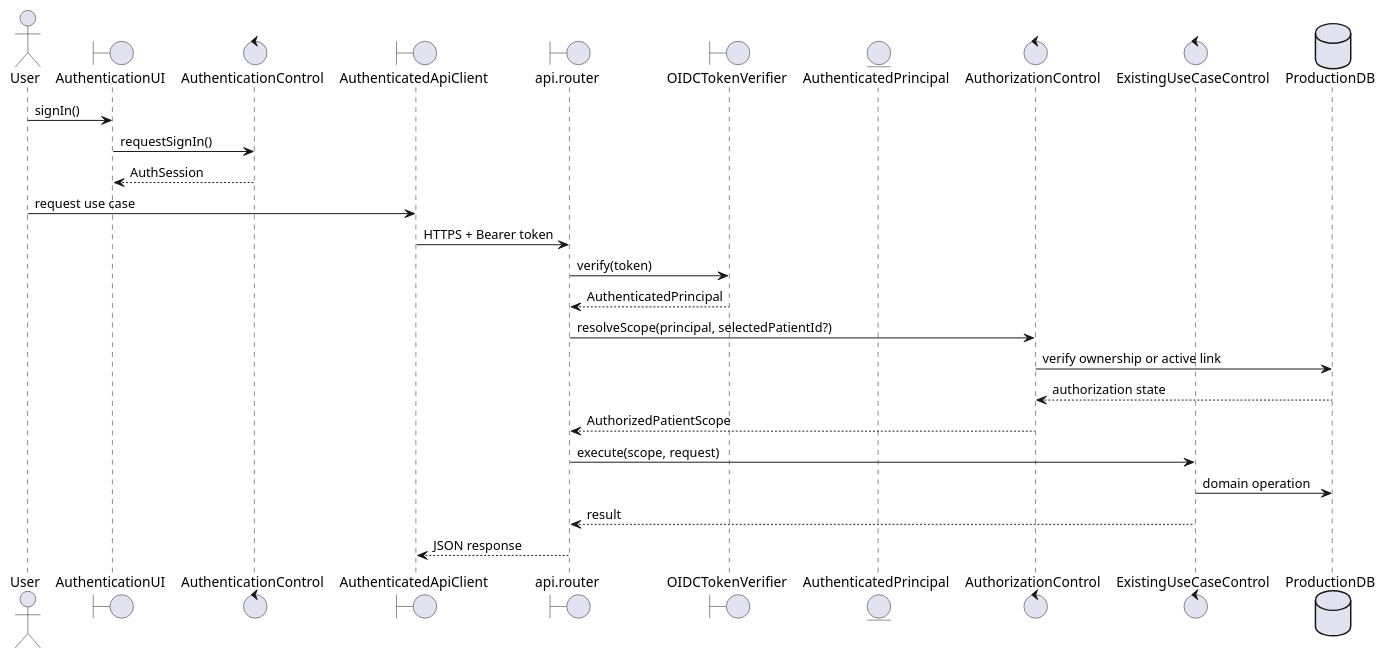
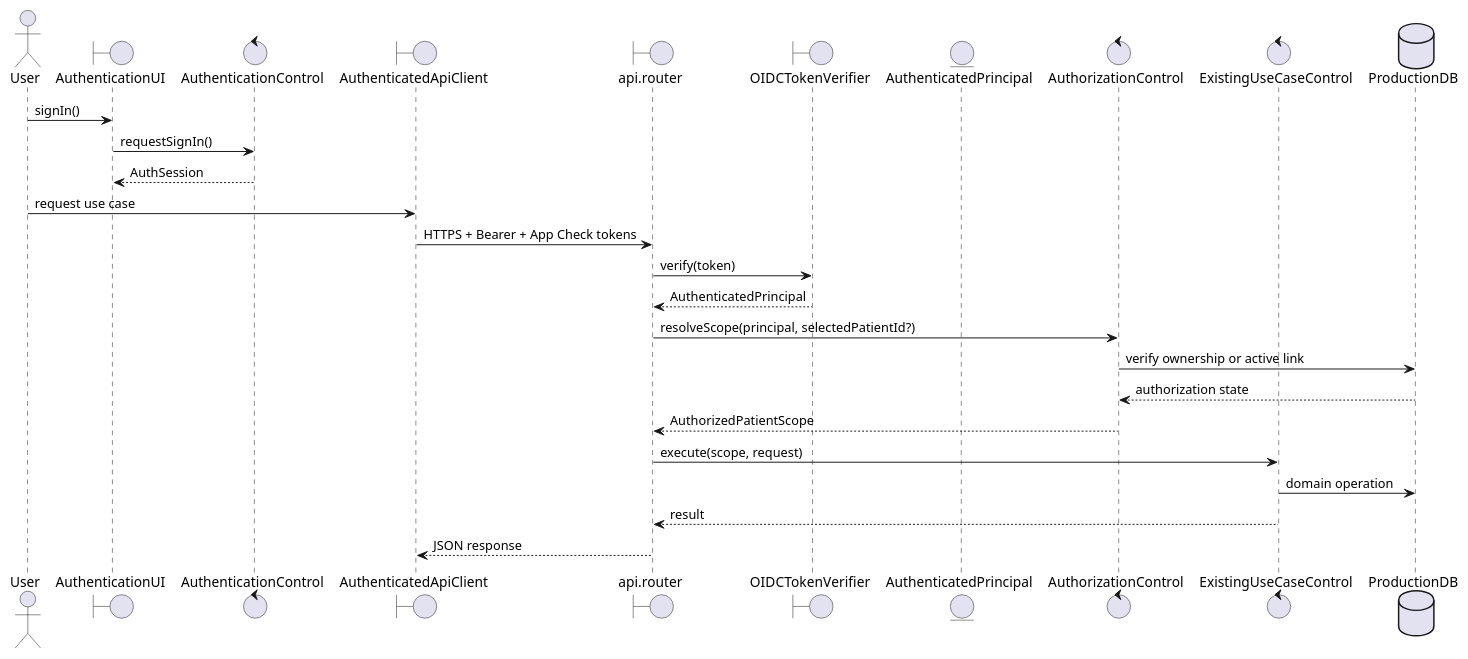
Before and after one commit to 1window2/MedBuddy: the diagram in docs/MedBuddy - Beta Security Architecture.md, drawn with PlantUML. The commit also changed other lines of this file and 52 other files, not shown here.

````diff
--- a/docs/MedBuddy - Beta Security Architecture.md
+++ b/docs/MedBuddy - Beta Security Architecture.md
@@ -72,31 +75,31 @@
 ```plantuml
 @startuml MedBuddy_Beta_Authenticated_Request
 actor User
 boundary AuthenticationUI
 control AuthenticationControl
 boundary AuthenticatedApiClient
 boundary "api.router" as Router
 boundary OIDCTokenVerifier
 entity AuthenticatedPrincipal
 control AuthorizationControl
 control ExistingUseCaseControl
 database ProductionDB
 
 User -> AuthenticationUI : signIn()
 AuthenticationUI -> AuthenticationControl : requestSignIn()
 AuthenticationControl --> AuthenticationUI : AuthSession
 
 User -> AuthenticatedApiClient : request use case
-AuthenticatedApiClient -> Router : HTTPS + Bearer token
+AuthenticatedApiClient -> Router : HTTPS + Bearer + App Check tokens
 Router -> OIDCTokenVerifier : verify(token)
 OIDCTokenVerifier --> Router : AuthenticatedPrincipal
 Router -> AuthorizationControl : resolveScope(principal, selectedPatientId?)
 AuthorizationControl -> ProductionDB : verify ownership or active link
 ProductionDB --> AuthorizationControl : authorization state
 AuthorizationControl --> Router : AuthorizedPatientScope
 Router -> ExistingUseCaseControl : execute(scope, request)
 ExistingUseCaseControl -> ProductionDB : domain operation
 ExistingUseCaseControl --> Router : result
 Router --> AuthenticatedApiClient : JSON response
 @enduml
 ```
````
